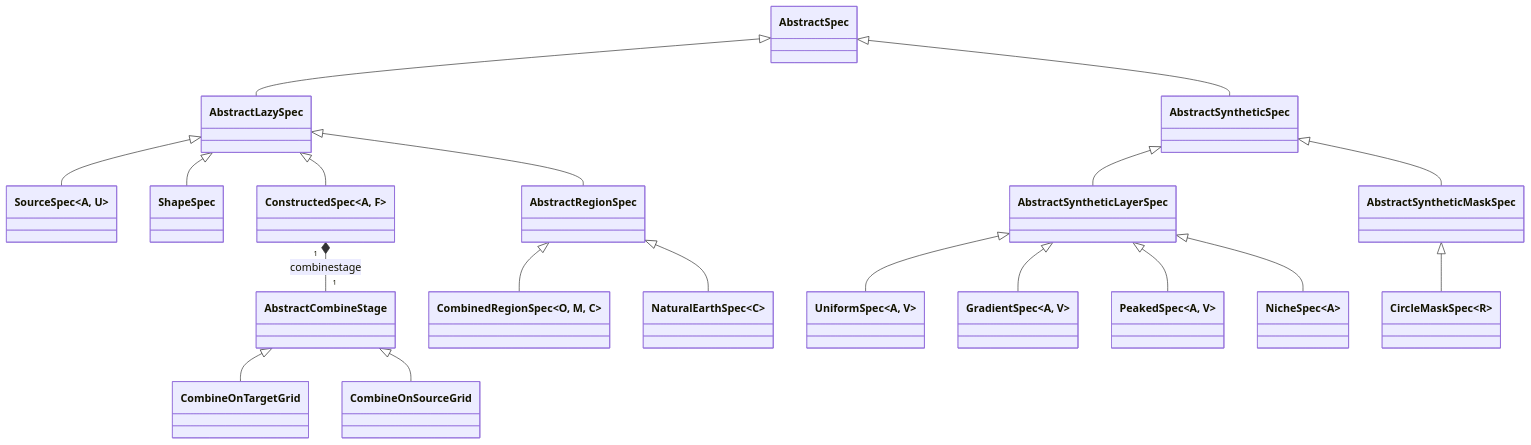
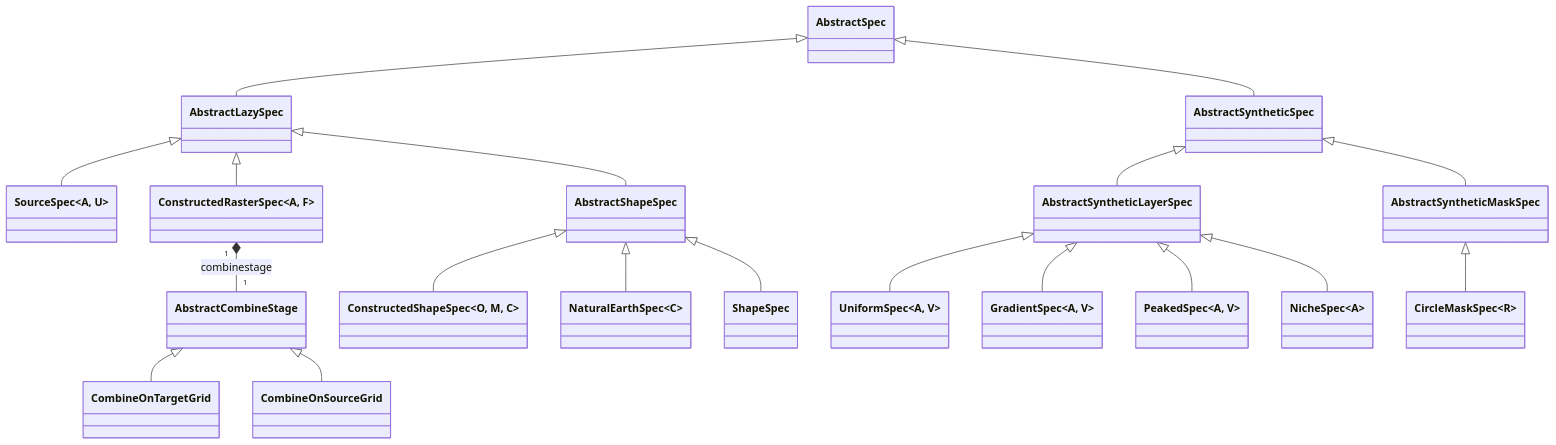
One commit to EcoJulia/EcoSISTEM.jl changed the ninth of 19 diagrams in docs/architecture.md. Above: the diagram before and after it, drawn with Mermaid. The commit also changed other lines of this file and 27 other files, not shown here.

First line of the commit message:
Refactor to use ConstructedRasterSpec instead of ConstructedSpec

````diff
--- a/docs/architecture.md
+++ b/docs/architecture.md
@@ -481,38 +489,38 @@
 ```mermaid
 classDiagram
     class AbstractSpec
     class AbstractLazySpec
     class AbstractSyntheticSpec
     class AbstractSyntheticLayerSpec
     class AbstractSyntheticMaskSpec
     class SourceSpec~A, U~
     class ShapeSpec
-    class AbstractRegionSpec
+    class AbstractShapeSpec
     class NaturalEarthSpec~C~
-    class CombinedRegionSpec~O, M, C~
-    class ConstructedSpec~A, F~
+    class ConstructedShapeSpec~O, M, C~
+    class ConstructedRasterSpec~A, F~
     class UniformSpec~A, V~
     class GradientSpec~A, V~
     class PeakedSpec~A, V~
     class NicheSpec~A~
     class CircleMaskSpec~R~
     class AbstractCombineStage
     AbstractSpec              <|-- AbstractLazySpec
     AbstractSpec              <|-- AbstractSyntheticSpec
     AbstractLazySpec          <|-- SourceSpec
-    AbstractLazySpec          <|-- ShapeSpec
-    AbstractLazySpec          <|-- ConstructedSpec
+    AbstractLazySpec          <|-- ConstructedRasterSpec
     AbstractSyntheticSpec     <|-- AbstractSyntheticLayerSpec
     AbstractSyntheticSpec     <|-- AbstractSyntheticMaskSpec
     AbstractSyntheticLayerSpec <|-- UniformSpec
     AbstractSyntheticLayerSpec <|-- GradientSpec
     AbstractSyntheticLayerSpec <|-- PeakedSpec
     AbstractSyntheticLayerSpec <|-- NicheSpec
     AbstractSyntheticMaskSpec  <|-- CircleMaskSpec
     AbstractCombineStage <|-- CombineOnTargetGrid
     AbstractCombineStage <|-- CombineOnSourceGrid
-    ConstructedSpec "1" *-- "1" AbstractCombineStage : combinestage
-    AbstractLazySpec <|-- AbstractRegionSpec
-    AbstractRegionSpec <|-- CombinedRegionSpec
-    AbstractRegionSpec <|-- NaturalEarthSpec
+    ConstructedRasterSpec "1" *-- "1" AbstractCombineStage : combinestage
+    AbstractLazySpec <|-- AbstractShapeSpec
+    AbstractShapeSpec <|-- ConstructedShapeSpec
+    AbstractShapeSpec <|-- NaturalEarthSpec
+    AbstractShapeSpec <|-- ShapeSpec
 ```
````
